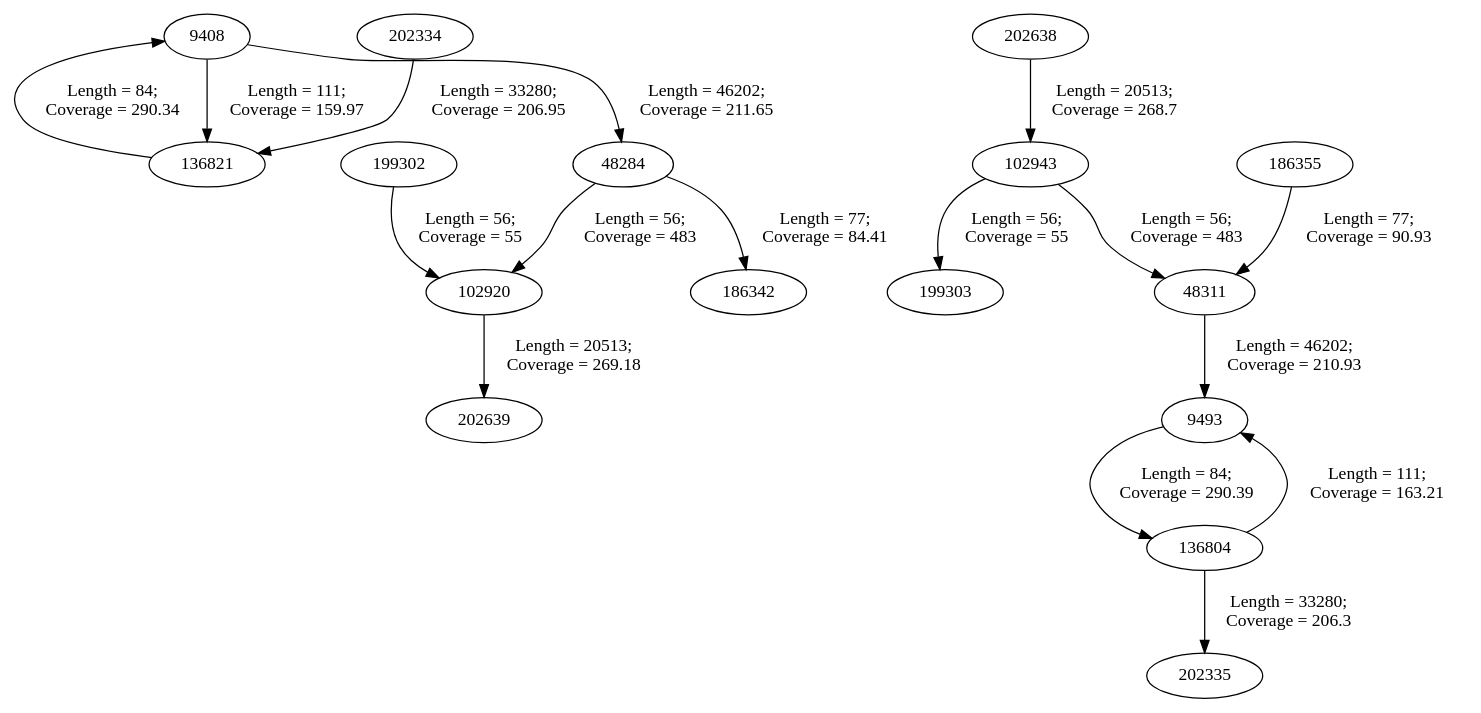
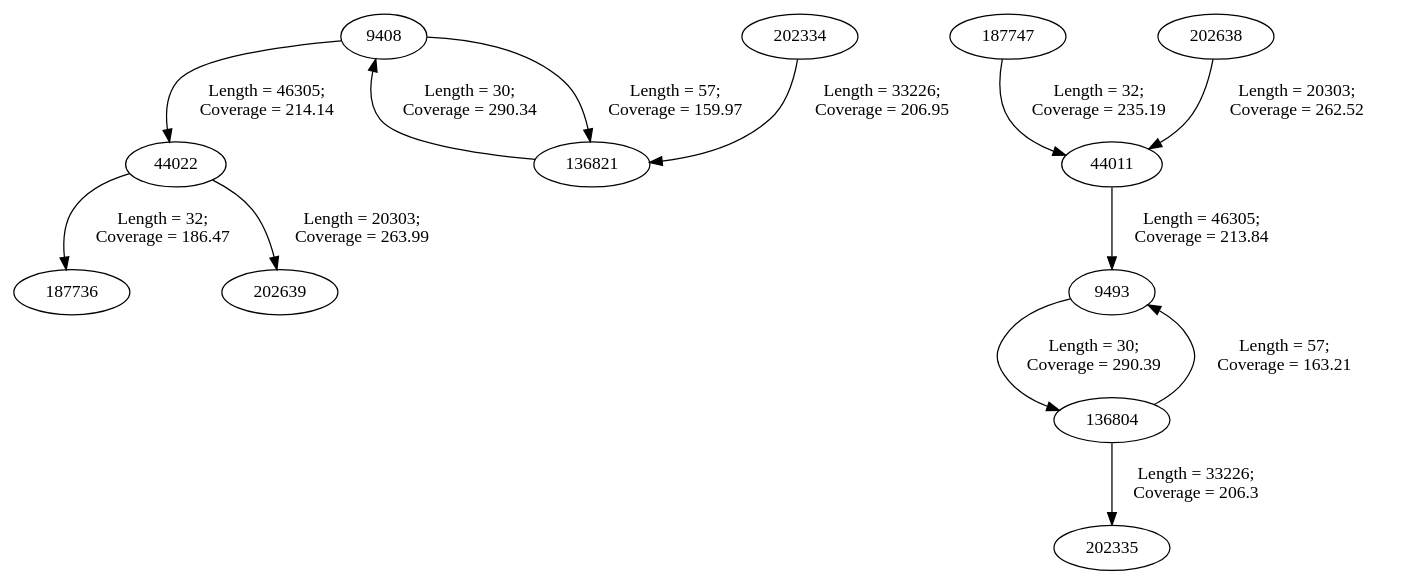
The diagram in NGS_DA/HW5_data/100k_filtered.gv (iam28th/BI-alg-bioinformatics), drawn with Graphviz before and after one commit. The commit also changed 2 other files, not shown here.

Commit message:
edge length in kmers

```diff
--- a/NGS_DA/HW5_data/100k_filtered.gv
+++ b/NGS_DA/HW5_data/100k_filtered.gv
@@ -1,62 +1,47 @@
 digraph {
 	9408
-	48284
-	9408 -> 48284 [label="Length = 46202;
- Coverage = 211.65"]
 	136821
-	9408 -> 136821 [label="Length = 111;
+	9408 -> 136821 [label="Length = 57;
  Coverage = 159.97"]
-	48284
-	102920
-	48284 -> 102920 [label="Length = 56;
- Coverage = 483"]
-	186342
-	48284 -> 186342 [label="Length = 77;
- Coverage = 84.41"]
-	48311
+	44022
+	9408 -> 44022 [label="Length = 46305;
+ Coverage = 214.14"]
+	44011
 	9493
-	48311 -> 9493 [label="Length = 46202;
- Coverage = 210.93"]
-	102920
+	44011 -> 9493 [label="Length = 46305;
+ Coverage = 213.84"]
+	44022
+	187736
+	44022 -> 187736 [label="Length = 32;
+ Coverage = 186.47"]
 	202639
-	102920 -> 202639 [label="Length = 20513;
- Coverage = 269.18"]
-	102943
-	48311
-	102943 -> 48311 [label="Length = 56;
- Coverage = 483"]
-	199303
-	102943 -> 199303 [label="Length = 56;
- Coverage = 55"]
+	44022 -> 202639 [label="Length = 20303;
+ Coverage = 263.99"]
 	136804
 	202335
-	136804 -> 202335 [label="Length = 33280;
+	136804 -> 202335 [label="Length = 33226;
  Coverage = 206.3"]
 	9493
-	136804 -> 9493 [label="Length = 111;
+	136804 -> 9493 [label="Length = 57;
  Coverage = 163.21"]
 	136821
 	9408
-	136821 -> 9408 [label="Length = 84;
+	136821 -> 9408 [label="Length = 30;
  Coverage = 290.34"]
 	9493
 	136804
-	9493 -> 136804 [label="Length = 84;
+	9493 -> 136804 [label="Length = 30;
  Coverage = 290.39"]
-	186355
-	48311
-	186355 -> 48311 [label="Length = 77;
- Coverage = 90.93"]
-	199302
-	102920
-	199302 -> 102920 [label="Length = 56;
- Coverage = 55"]
+	187747
+	44011
+	187747 -> 44011 [label="Length = 32;
+ Coverage = 235.19"]
 	202334
 	136821
-	202334 -> 136821 [label="Length = 33280;
+	202334 -> 136821 [label="Length = 33226;
  Coverage = 206.95"]
 	202638
-	102943
-	202638 -> 102943 [label="Length = 20513;
- Coverage = 268.7"]
+	44011
+	202638 -> 44011 [label="Length = 20303;
+ Coverage = 262.52"]
 }
```
